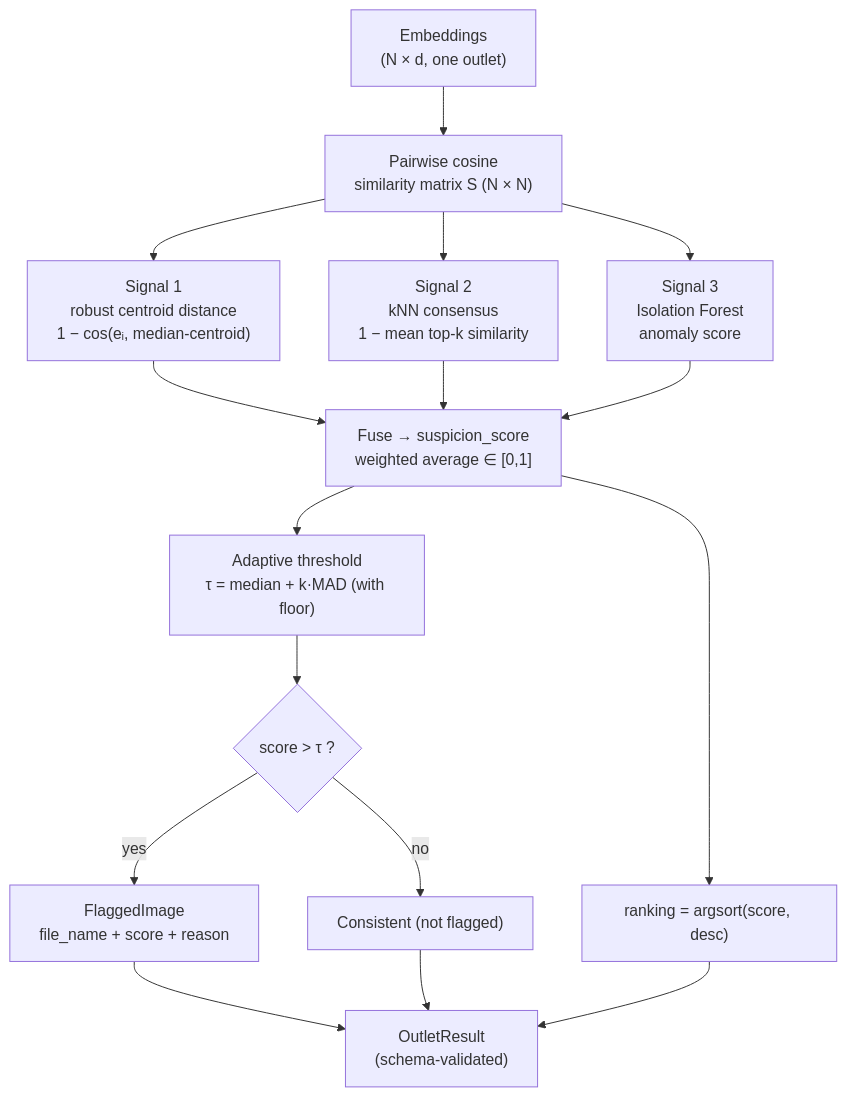
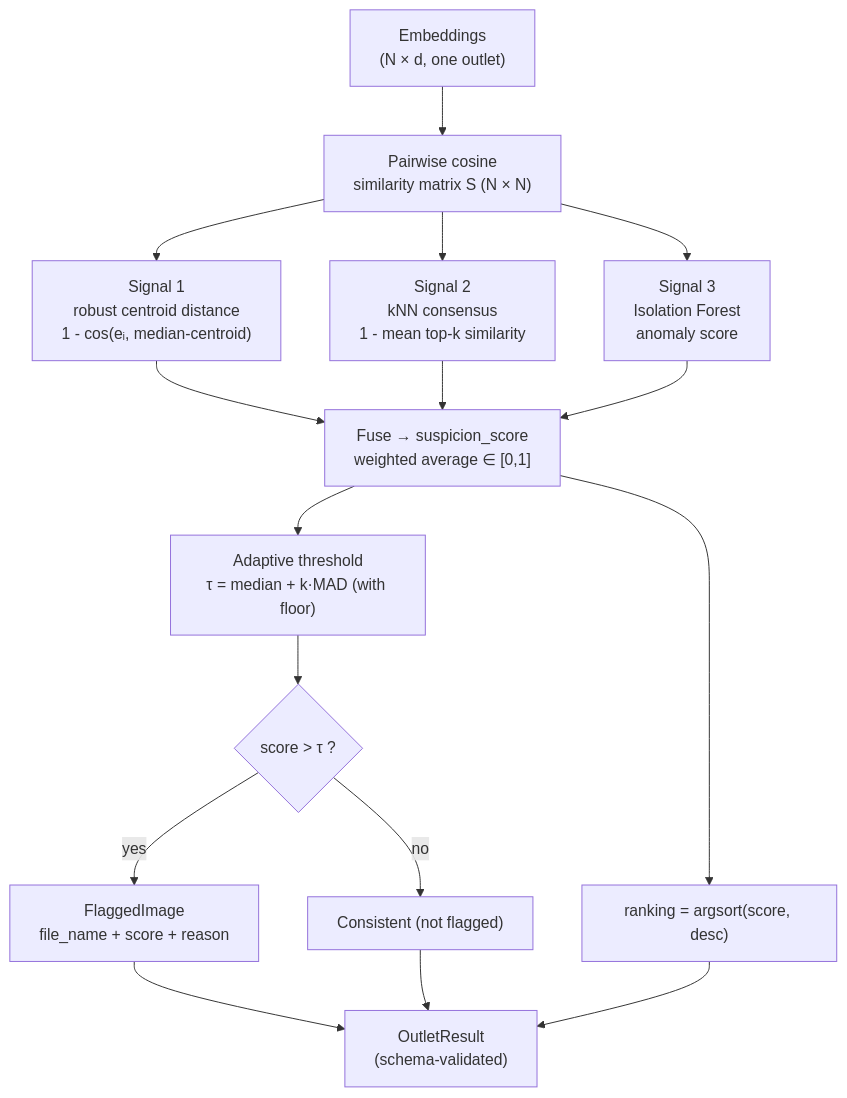
One commit to Mushfiqur-Rahman-Robin/suspicious-photo-detection changed the diagram in docs/assets/detection.mmd. Above: the diagram before and after it, drawn with Mermaid. The commit also changed 7 other files, not shown here.

```diff
--- a/docs/assets/detection.mmd
+++ b/docs/assets/detection.mmd
@@ -1,21 +1,21 @@
 %% SPD - outlier detection decision logic (SPEC §11-§12)
 flowchart TD
     E["Embeddings<br/>(N × d, one outlet)"] --> SIM["Pairwise cosine<br/>similarity matrix S (N × N)"]
 
-    SIM --> CENT["Signal 1<br/>robust centroid distance<br/>1 − cos(eᵢ, median-centroid)"]
-    SIM --> KNN["Signal 2<br/>kNN consensus<br/>1 − mean top-k similarity"]
+    SIM --> CENT["Signal 1<br/>robust centroid distance<br/>1 - cos(eᵢ, median-centroid)"]
+    SIM --> KNN["Signal 2<br/>kNN consensus<br/>1 - mean top-k similarity"]
     SIM --> IF["Signal 3<br/>Isolation Forest<br/>anomaly score"]
 
     CENT --> FUSE["Fuse → suspicion_score<br/>weighted average ∈ [0,1]"]
     KNN --> FUSE
     IF --> FUSE
 
     FUSE --> THRESH["Adaptive threshold<br/>τ = median + k·MAD (with floor)"]
     THRESH --> FLAG{"score > τ ?"}
     FLAG -- yes --> FG["FlaggedImage<br/>file_name + score + reason"]
     FLAG -- no --> OK["Consistent (not flagged)"]
 
     FUSE --> RANK["ranking = argsort(score, desc)"]
     FG --> RESULT["OutletResult<br/>(schema-validated)"]
     OK --> RESULT
     RANK --> RESULT
```
